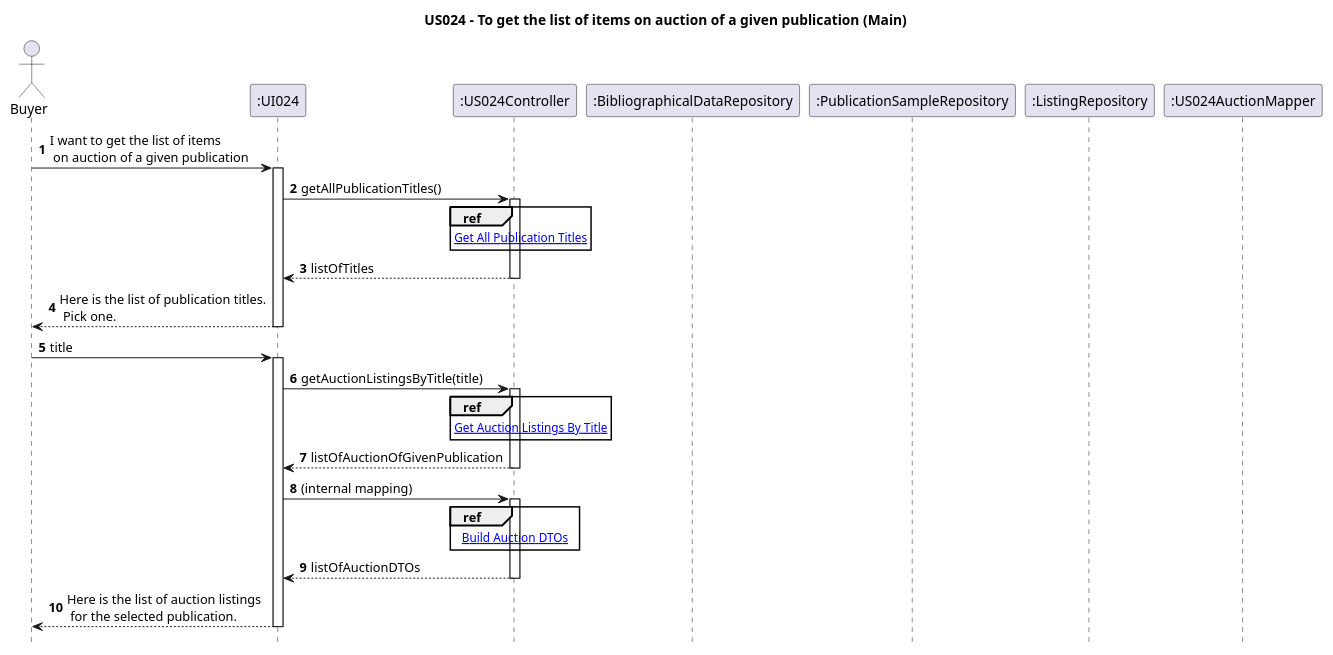
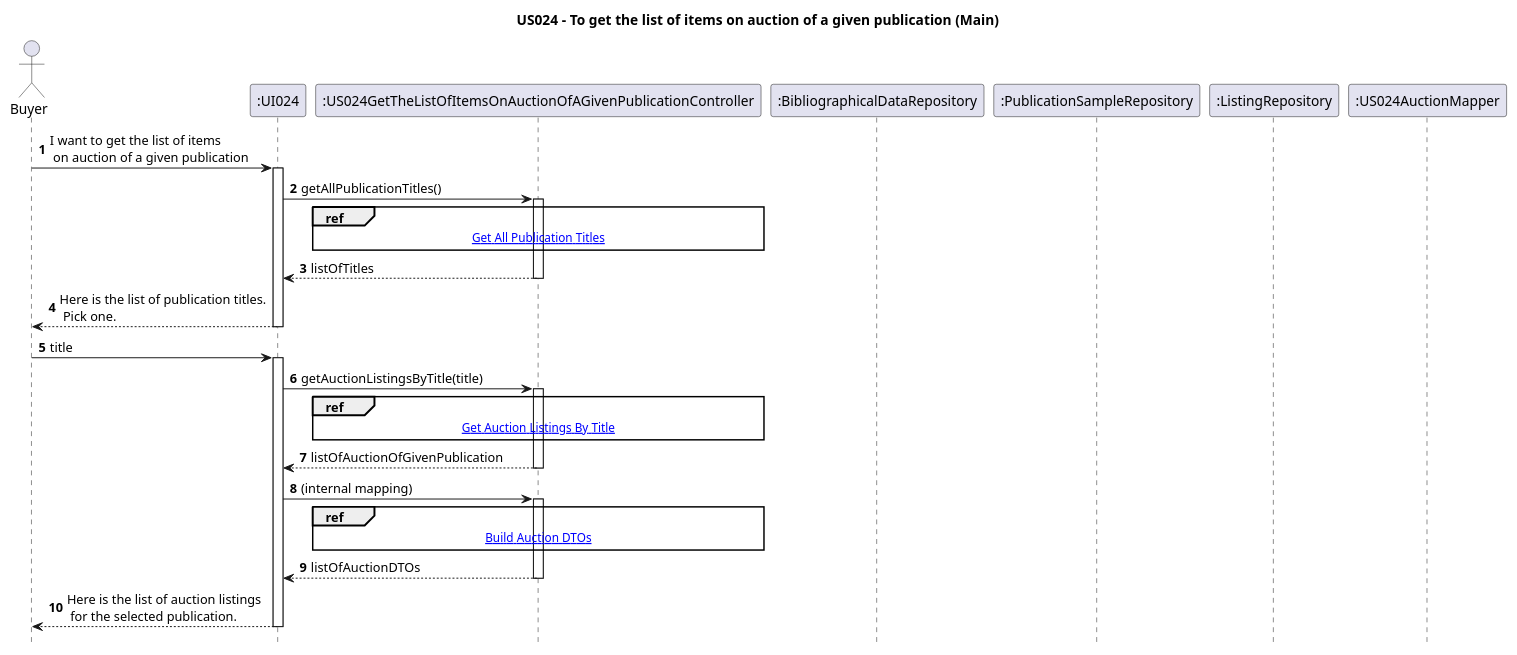
One commit to AndrePereiraGitH/SWitCH-Project-Team_A changed the diagram in Diagrams/SequenceDiagrams/N2/US024_Get_List_Of_Items_Auction_Of_Given_Publication/1.MainDiagram.puml. Above: the diagram before and after it, drawn with PlantUML. The commit also changed 5 other files, not shown here.

Commit message:
docs #487 (US024): fixes Listing domain method names and add missing verifyIfListingContainsPubId and split main SD into N2 sub-diagrams

```diff
--- a/Diagrams/SequenceDiagrams/N2/US024_Get_List_Of_Items_Auction_Of_Given_Publication/1.MainDiagram.puml
+++ b/Diagrams/SequenceDiagrams/N2/US024_Get_List_Of_Items_Auction_Of_Given_Publication/1.MainDiagram.puml
@@ -1,66 +1,66 @@
 @startuml
 hide footbox
 autonumber
 title US024 - To get the list of items on auction of a given publication (Main)
 
 actor Buyer
 participant ":UI024" as UI
-participant ":US024Controller" as Ctrl
+participant ":US024GetTheListOfItemsOnAuctionOfAGivenPublicationController" as Ctrl
 participant ":BibliographicalDataRepository" as bdRepo
 participant ":PublicationSampleRepository" as pubSampleRepo
 participant ":ListingRepository" as listingRepo
 participant ":US024AuctionMapper" as mapper
 
 ' --- Start ---
 Buyer -> UI : I want to get the list of items\n on auction of a given publication
 activate UI
 
 ' =========================
 ' Get All Publication Titles (reference)
 ' =========================
 UI -> Ctrl : getAllPublicationTitles()
 activate Ctrl
 
 ref over Ctrl
 [[2.GetAllPublicationTitles.puml Get All Publication Titles]]
 end ref
 
 Ctrl --> UI : listOfTitles
 deactivate Ctrl
 
 UI --> Buyer : Here is the list of publication titles.\n Pick one.
 deactivate UI
 
 Buyer -> UI : title
 activate UI
 
 ' =========================
 ' Get Auction Listings By Title (reference)
 ' =========================
 UI -> Ctrl : getAuctionListingsByTitle(title)
 activate Ctrl
 
 ref over Ctrl
 [[3.GetAuctionListingsByTitle.puml Get Auction Listings By Title]]
 end ref
 
 Ctrl --> UI : listOfAuctionOfGivenPublication
 deactivate Ctrl
 
 ' =========================
 ' Build Auction DTOs (reference)
 ' =========================
 UI -> Ctrl : (internal mapping)
 activate Ctrl
 
 ref over Ctrl
 [[4.BuildAuctionDTOs.puml Build Auction DTOs]]
 end ref
 
 Ctrl --> UI : listOfAuctionDTOs
 deactivate Ctrl
 
 UI --> Buyer : Here is the list of auction listings\n for the selected publication.
 deactivate UI
 
 @enduml
```
